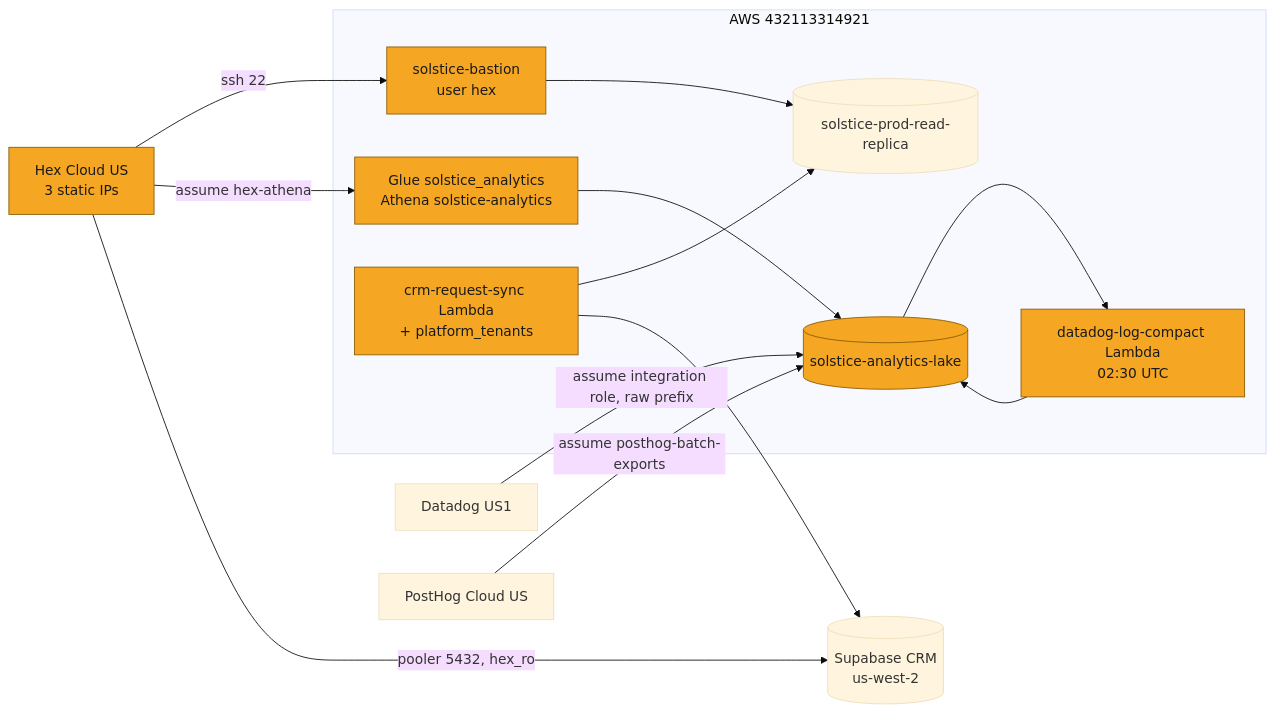
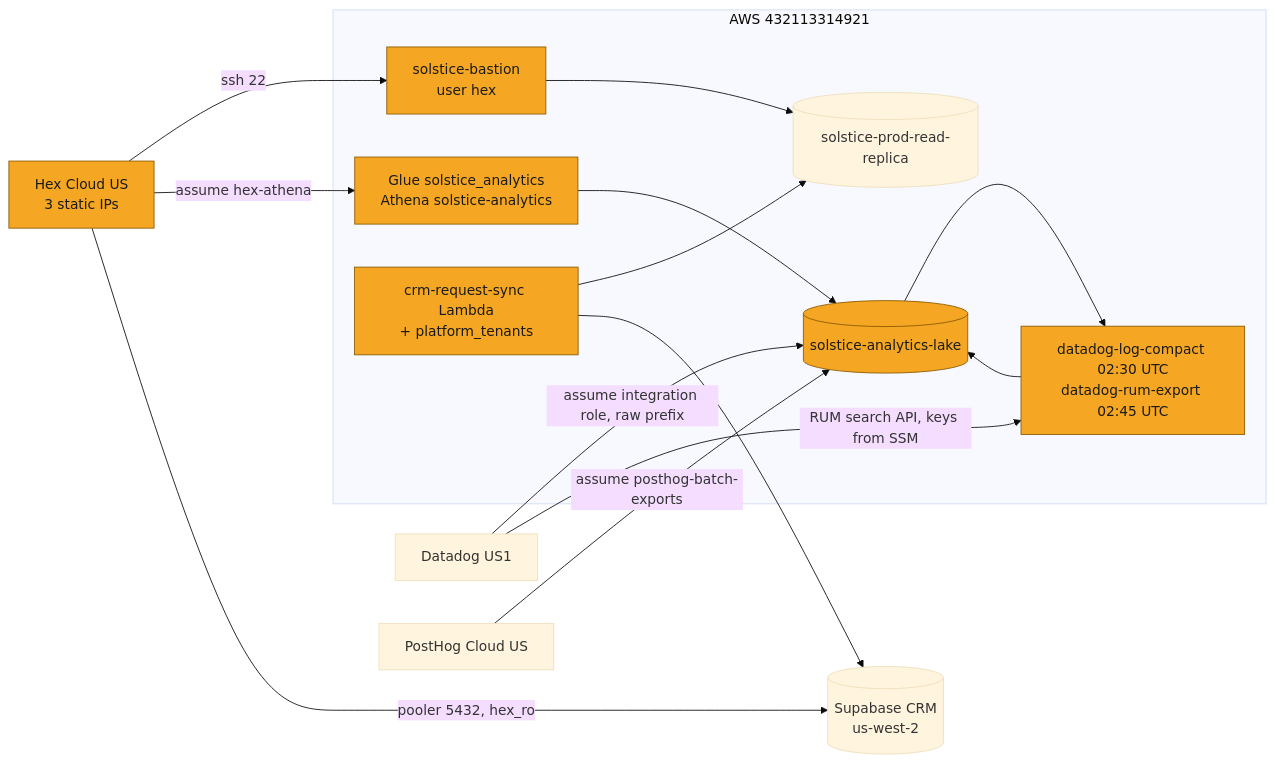
One commit to Solstice-Health/engineering-specs changed the fifth of 5 diagrams in plans/SOL-XXXX-analytics-lake-hex.md. Above: the diagram before and after it, drawn with Mermaid (base theme). The commit also changed other lines of this file, not shown here.

Commit message:
Plan: Datadog RUM events join the lake (phase 6b)

````diff
--- a/plans/SOL-XXXX-analytics-lake-hex.md
+++ b/plans/SOL-XXXX-analytics-lake-hex.md
@@ -207,20 +212,21 @@
 ```mermaid
 flowchart LR
     classDef delta fill:#F5A623,stroke:#8A5A00,color:#1A1A1A
     subgraph AWS 432113314921
         RR[("solstice-prod-read-replica")]
         BS["solstice-bastion\nuser hex"]:::delta
         S3[("solstice-analytics-lake")]:::delta
         GL["Glue solstice_analytics\nAthena solstice-analytics"]:::delta
         L["crm-request-sync Lambda\n+ platform_tenants"]:::delta
-        LC["datadog-log-compact Lambda\n02:30 UTC"]:::delta
+        LC["datadog-log-compact 02:30 UTC\ndatadog-rum-export 02:45 UTC"]:::delta
     end
     DD["Datadog US1"] -->|assume integration role, raw prefix| S3
+    DD -->|RUM search API, keys from SSM| LC
     S3 --> LC --> S3
     HEX["Hex Cloud US\n3 static IPs"]:::delta -->|ssh 22| BS --> RR
     HEX -->|assume hex-athena| GL --> S3
     PH["PostHog Cloud US"] -->|assume posthog-batch-exports| S3
     L --> RR
     L --> SB[("Supabase CRM\nus-west-2")]
     HEX -->|pooler 5432, hex_ro| SB
 ```
````
